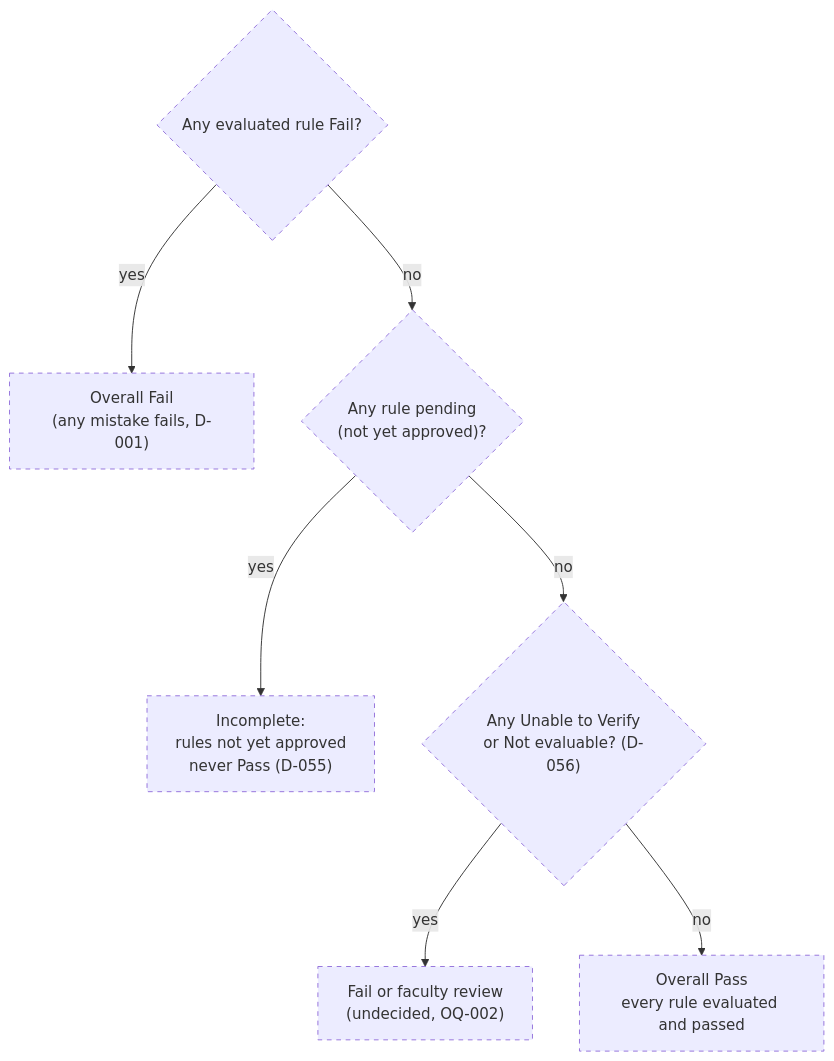
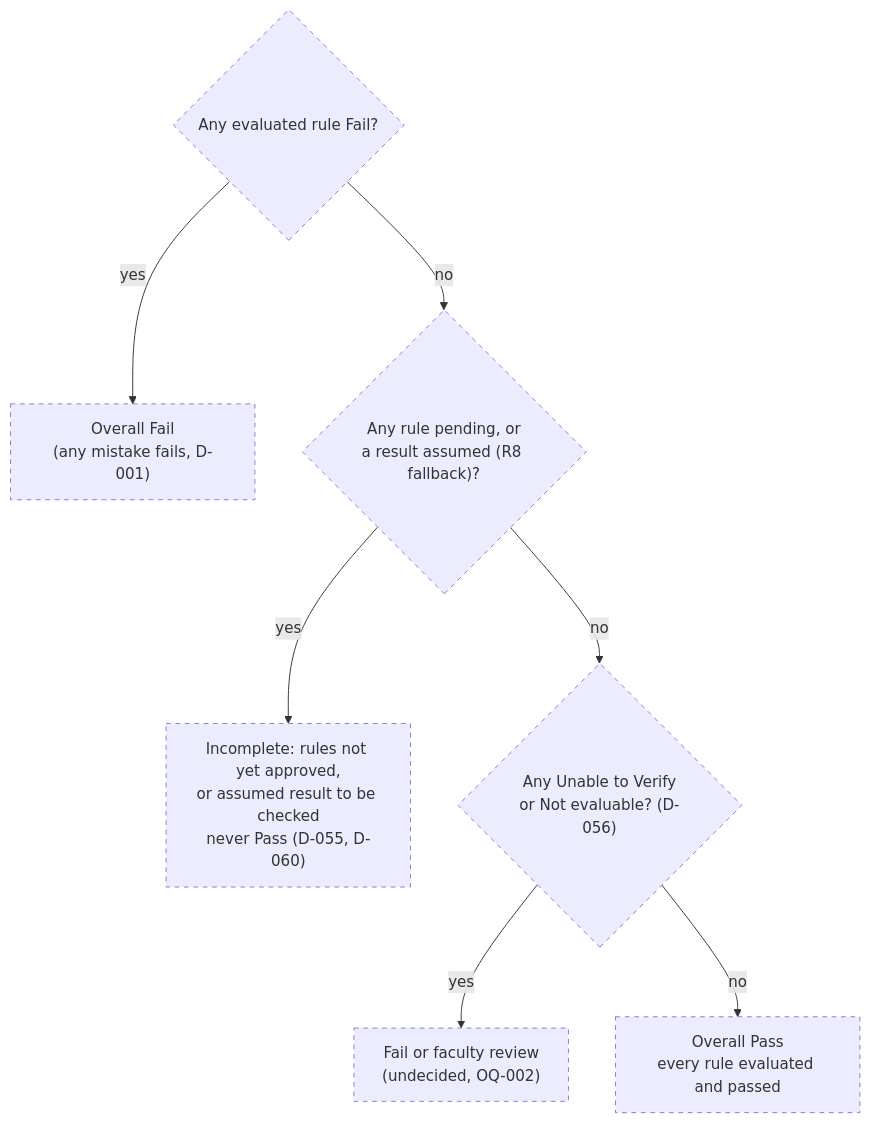
Before and after one commit to ananthu65/defibrillator_research: the eighth of 8 diagrams in docs/rule_engine/diagrams.md, drawn with Mermaid. The commit also changed other lines of this file and 14 other files, not shown here.

First line of the commit message:
feat(rules): add RuleOutcome and shared checks (Increment 6)

````diff
--- a/docs/rule_engine/diagrams.md
+++ b/docs/rule_engine/diagrams.md
@@ -159,11 +164,11 @@
 ```mermaid
 flowchart TD
     A{"Any evaluated rule Fail?"} -->|yes| F["Overall Fail<br/>(any mistake fails, D-001)"]
-    A -->|no| PD{"Any rule pending<br/>(not yet approved)?"}
-    PD -->|yes| INC["Incomplete:<br/>rules not yet approved<br/>never Pass (D-055)"]
+    A -->|no| PD{"Any rule pending, or<br/>a result assumed (R8 fallback)?"}
+    PD -->|yes| INC["Incomplete: rules not yet approved,<br/>or assumed result to be checked<br/>never Pass (D-055, D-060)"]
     PD -->|no| B{"Any Unable to Verify<br/>or Not evaluable? (D-056)"}
     B -->|yes| U["Fail or faculty review<br/>(undecided, OQ-002)"]
     B -->|no| P["Overall Pass<br/>every rule evaluated and passed"]
     classDef planned stroke-dasharray: 5 5
     class A,PD,INC,B,F,U,P planned
 ```
````
